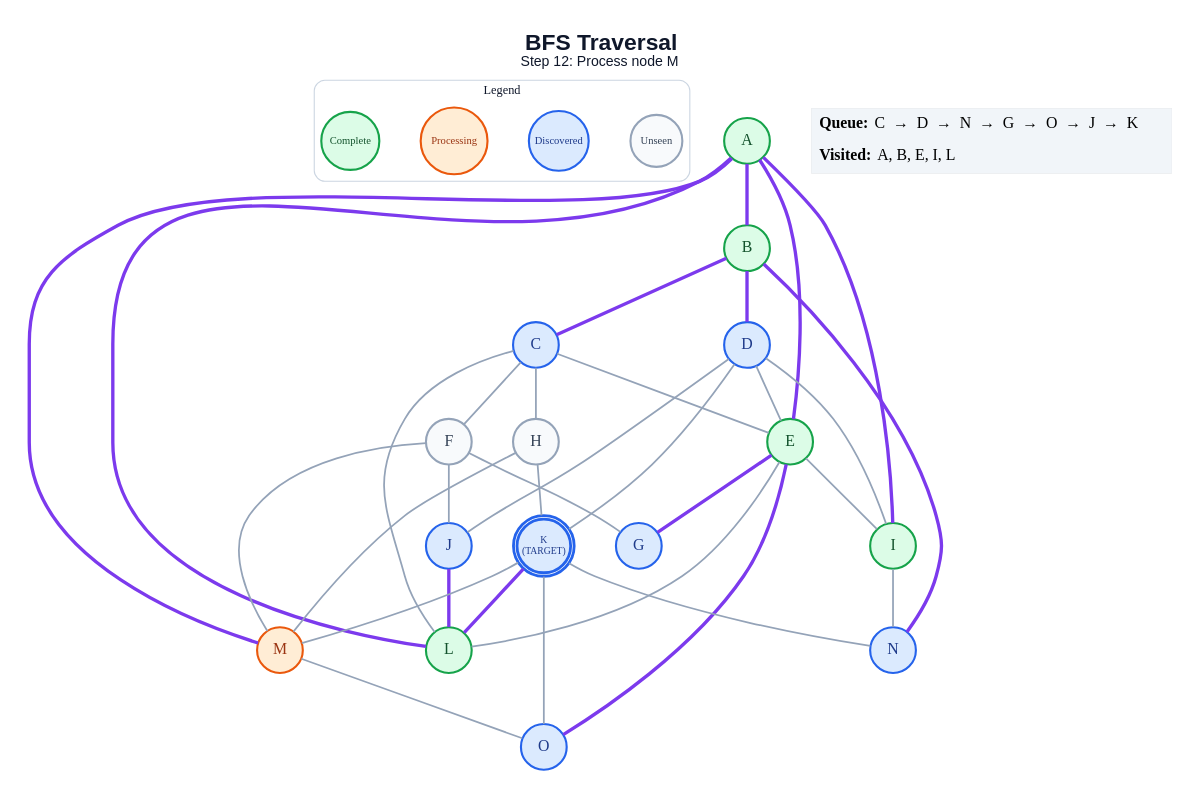
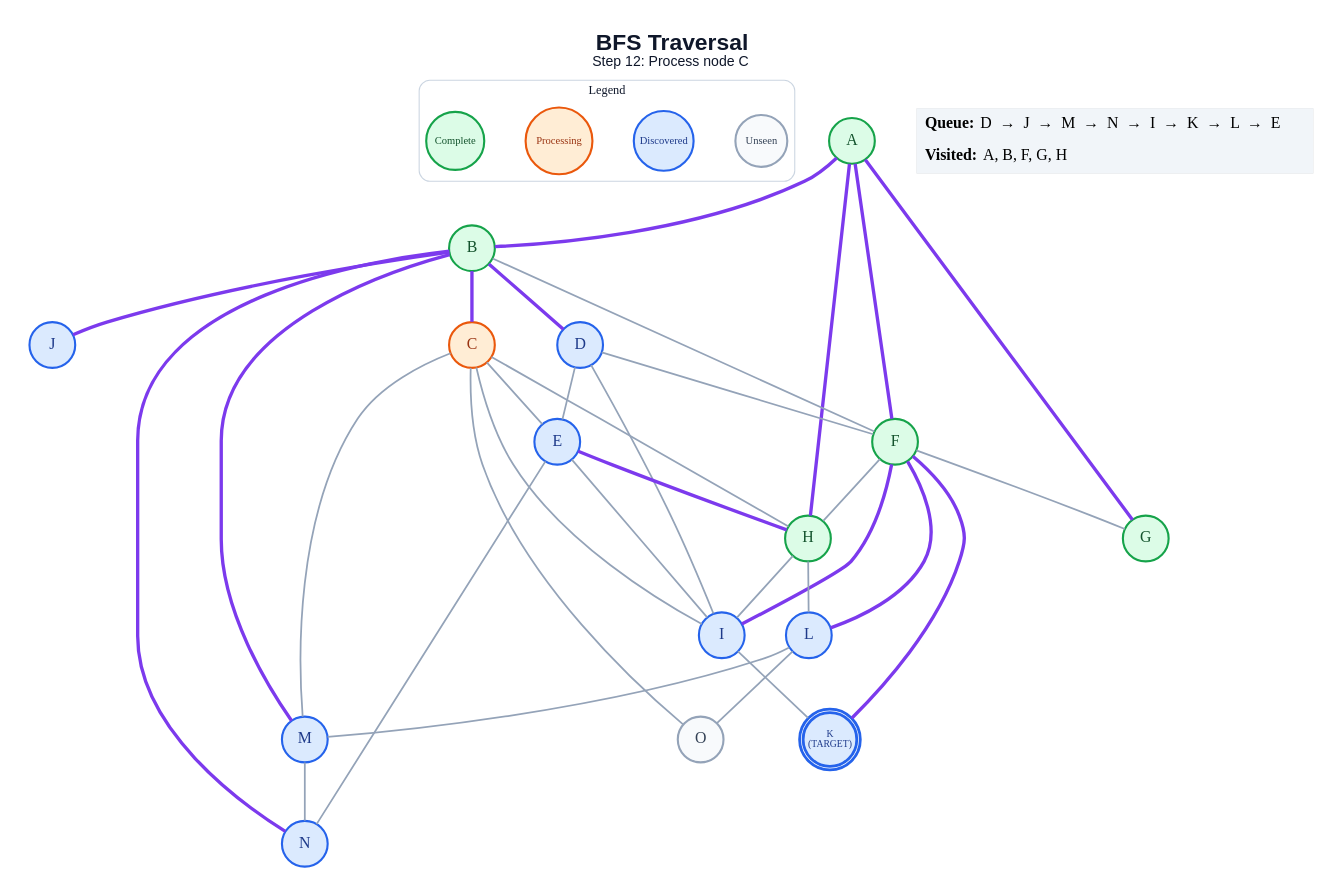
The diagram in generated/bfs/step_12.dot (anon7238593-create/ai-slop), drawn with Graphviz before and after one commit. The commit also changed 257 other files, not shown here.

```diff
--- a/generated/bfs/step_12.dot
+++ b/generated/bfs/step_12.dot
@@ -1,66 +1,66 @@
 graph traversal {
   graph [layout=dot, rankdir=TB, bgcolor="#FFFFFF", pad="0.35", nodesep="0.65", ranksep="0.8", fontname="Arial"];
   node [shape=circle, style="filled", fontname="Arial Bold", fontsize=18, width=0.72, fixedsize=true, penwidth=2.4];
   edge [color="#94A3B8", penwidth=2.0];
-  label=<<B>BFS Traversal</B><BR/><FONT POINT-SIZE="16">Step 12: Process node M</FONT>>; labelloc="t"; fontsize=26; fontname="Arial"; fontcolor="#0F172A";
+  label=<<B>BFS Traversal</B><BR/><FONT POINT-SIZE="16">Step 12: Process node C</FONT>>; labelloc="t"; fontsize=26; fontname="Arial"; fontcolor="#0F172A";
   subgraph cluster_legend { label="Legend"; color="#CBD5E1"; penwidth=1.2; style="rounded"; fontsize=14; fontname="Arial Bold";
     key_unseen [label="Unseen", fillcolor="#F8FAFC", color="#94A3B8", fontcolor="#334155", fontsize=12, width=0.82];
     key_frontier [label="Discovered", fillcolor="#DBEAFE", color="#2563EB", fontcolor="#1E3A8A", fontsize=12, width=0.95];
     key_current [label="Processing", fillcolor="#FFEDD5", color="#EA580C", fontcolor="#9A3412", fontsize=12, width=1.05];
     key_done [label="Complete", fillcolor="#DCFCE7", color="#16A34A", fontcolor="#14532D", fontsize=12, width=0.92];
     { rank=same; key_unseen; key_frontier; key_current; key_done; }
   }
   A [label="A", fillcolor="#DCFCE7", color="#16A34A", fontcolor="#14532D", peripheries=1, penwidth=2.4];
   B [label="B", fillcolor="#DCFCE7", color="#16A34A", fontcolor="#14532D", peripheries=1, penwidth=2.4];
-  C [label="C", fillcolor="#DBEAFE", color="#2563EB", fontcolor="#1E3A8A", peripheries=1, penwidth=2.4];
+  C [label="C", fillcolor="#FFEDD5", color="#EA580C", fontcolor="#9A3412", peripheries=1, penwidth=2.4];
   D [label="D", fillcolor="#DBEAFE", color="#2563EB", fontcolor="#1E3A8A", peripheries=1, penwidth=2.4];
-  E [label="E", fillcolor="#DCFCE7", color="#16A34A", fontcolor="#14532D", peripheries=1, penwidth=2.4];
-  F [label="F", fillcolor="#F8FAFC", color="#94A3B8", fontcolor="#334155", peripheries=1, penwidth=2.4];
-  G [label="G", fillcolor="#DBEAFE", color="#2563EB", fontcolor="#1E3A8A", peripheries=1, penwidth=2.4];
-  H [label="H", fillcolor="#F8FAFC", color="#94A3B8", fontcolor="#334155", peripheries=1, penwidth=2.4];
-  I [label="I", fillcolor="#DCFCE7", color="#16A34A", fontcolor="#14532D", peripheries=1, penwidth=2.4];
+  E [label="E", fillcolor="#DBEAFE", color="#2563EB", fontcolor="#1E3A8A", peripheries=1, penwidth=2.4];
+  F [label="F", fillcolor="#DCFCE7", color="#16A34A", fontcolor="#14532D", peripheries=1, penwidth=2.4];
+  G [label="G", fillcolor="#DCFCE7", color="#16A34A", fontcolor="#14532D", peripheries=1, penwidth=2.4];
+  H [label="H", fillcolor="#DCFCE7", color="#16A34A", fontcolor="#14532D", peripheries=1, penwidth=2.4];
+  I [label="I", fillcolor="#DBEAFE", color="#2563EB", fontcolor="#1E3A8A", peripheries=1, penwidth=2.4];
   J [label="J", fillcolor="#DBEAFE", color="#2563EB", fontcolor="#1E3A8A", peripheries=1, penwidth=2.4];
   K [label="K\n(TARGET)", fillcolor="#DBEAFE", color="#2563EB", fontcolor="#1E3A8A", peripheries=2, penwidth=3.2, fontsize=11, width=0.85, height=0.85];
-  L [label="L", fillcolor="#DCFCE7", color="#16A34A", fontcolor="#14532D", peripheries=1, penwidth=2.4];
-  M [label="M", fillcolor="#FFEDD5", color="#EA580C", fontcolor="#9A3412", peripheries=1, penwidth=2.4];
+  L [label="L", fillcolor="#DBEAFE", color="#2563EB", fontcolor="#1E3A8A", peripheries=1, penwidth=2.4];
+  M [label="M", fillcolor="#DBEAFE", color="#2563EB", fontcolor="#1E3A8A", peripheries=1, penwidth=2.4];
   N [label="N", fillcolor="#DBEAFE", color="#2563EB", fontcolor="#1E3A8A", peripheries=1, penwidth=2.4];
-  O [label="O", fillcolor="#DBEAFE", color="#2563EB", fontcolor="#1E3A8A", peripheries=1, penwidth=2.4];
+  O [label="O", fillcolor="#F8FAFC", color="#94A3B8", fontcolor="#334155", peripheries=1, penwidth=2.4];
   A -- B [color="#7C3AED", penwidth=3.8];
-  A -- E [color="#7C3AED", penwidth=3.8];
-  A -- I [color="#7C3AED", penwidth=3.8];
-  A -- L [color="#7C3AED", penwidth=3.8];
-  A -- M [color="#7C3AED", penwidth=3.8];
+  A -- F [color="#7C3AED", penwidth=3.8];
+  A -- G [color="#7C3AED", penwidth=3.8];
+  A -- H [color="#7C3AED", penwidth=3.8];
   B -- C [color="#7C3AED", penwidth=3.8];
   B -- D [color="#7C3AED", penwidth=3.8];
+  B -- F;
+  B -- J [color="#7C3AED", penwidth=3.8];
+  B -- M [color="#7C3AED", penwidth=3.8];
   B -- N [color="#7C3AED", penwidth=3.8];
   C -- E;
-  C -- F;
   C -- H;
-  C -- L;
+  C -- I;
+  C -- M;
+  C -- O;
   D -- E;
+  D -- F;
   D -- I;
-  D -- J;
-  D -- K;
-  E -- G [color="#7C3AED", penwidth=3.8];
+  E -- H [color="#7C3AED", penwidth=3.8];
   E -- I;
-  E -- L;
-  E -- O [color="#7C3AED", penwidth=3.8];
+  E -- N;
   F -- G;
-  F -- J;
-  F -- M;
-  H -- K;
-  H -- M;
-  I -- N;
-  J -- L [color="#7C3AED", penwidth=3.8];
-  K -- L [color="#7C3AED", penwidth=3.8];
-  K -- M;
-  K -- N;
-  K -- O;
-  M -- O;
+  F -- H;
+  F -- I [color="#7C3AED", penwidth=3.8];
+  F -- K [color="#7C3AED", penwidth=3.8];
+  F -- L [color="#7C3AED", penwidth=3.8];
+  H -- I;
+  H -- L;
+  I -- K;
+  L -- M;
+  L -- O;
+  M -- N;
   status [shape=plain, fixedsize=false, width=0, height=0, margin=0, label=<
     <TABLE BORDER="0" CELLBORDER="0" CELLPADDING="7" BGCOLOR="#F1F5F9">
-      <TR><TD ALIGN="LEFT"><B>Queue:</B> C  →  D  →  N  →  G  →  O  →  J  →  K</TD></TR>
-      <TR><TD ALIGN="LEFT"><B>Visited:</B> A, B, E, I, L</TD></TR>
+      <TR><TD ALIGN="LEFT"><B>Queue:</B> D  →  J  →  M  →  N  →  I  →  K  →  L  →  E</TD></TR>
+      <TR><TD ALIGN="LEFT"><B>Visited:</B> A, B, F, G, H</TD></TR>
     </TABLE>
   >];
 }
```
